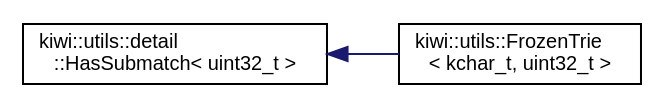
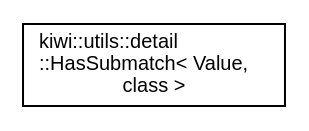
Before and after one commit to bab2min/Kiwi: the diagram in inherit_graph_94.dot, drawn with Graphviz. The commit also changed 153 other files, not shown here.

```diff
--- a/inherit_graph_94.dot
+++ b/inherit_graph_94.dot
@@ -1,10 +1,8 @@
 digraph "Graphical Class Hierarchy"
 {
  // LATEX_PDF_SIZE
   edge [fontname="Helvetica",fontsize="10",labelfontname="Helvetica",labelfontsize="10"];
   node [fontname="Helvetica",fontsize="10",shape=record];
   rankdir="LR";
-  Node0 [label="kiwi::utils::detail\l::HasSubmatch\< uint32_t \>",height=0.2,width=0.4,color="black", fillcolor="white", style="filled",URL="$structkiwi_1_1utils_1_1detail_1_1HasSubmatch.html",tooltip=" "];
-  Node0 -> Node1 [dir="back",color="midnightblue",fontsize="10",style="solid",fontname="Helvetica"];
-  Node1 [label="kiwi::utils::FrozenTrie\l\< kchar_t, uint32_t \>",height=0.2,width=0.4,color="black", fillcolor="white", style="filled",URL="$classkiwi_1_1utils_1_1FrozenTrie.html",tooltip=" "];
+  Node0 [label="kiwi::utils::detail\l::HasSubmatch\< Value,\l class \>",height=0.2,width=0.4,color="black", fillcolor="white", style="filled",URL="$structkiwi_1_1utils_1_1detail_1_1HasSubmatch.html",tooltip=" "];
 }
```
